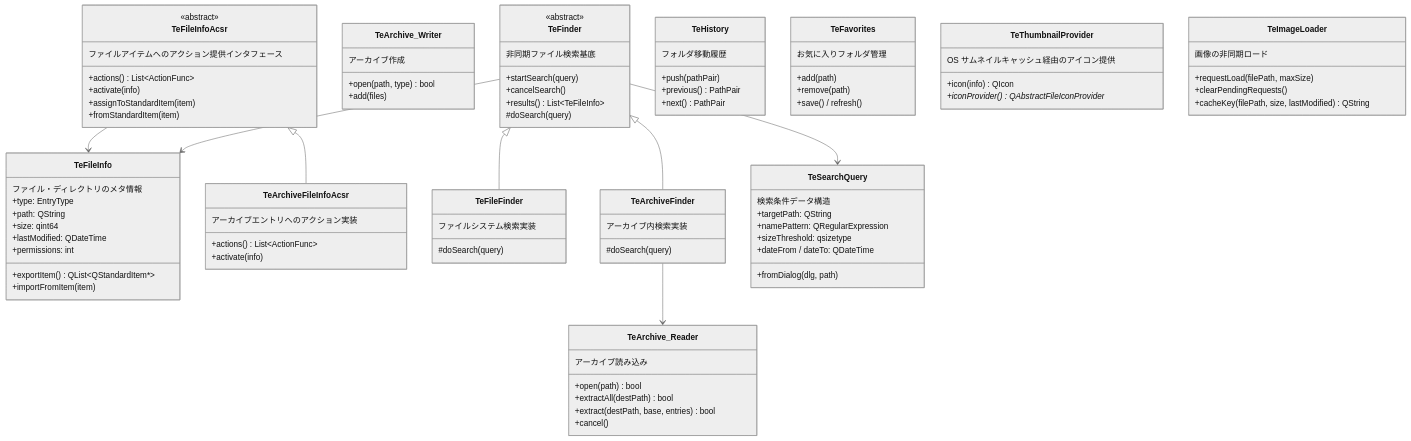
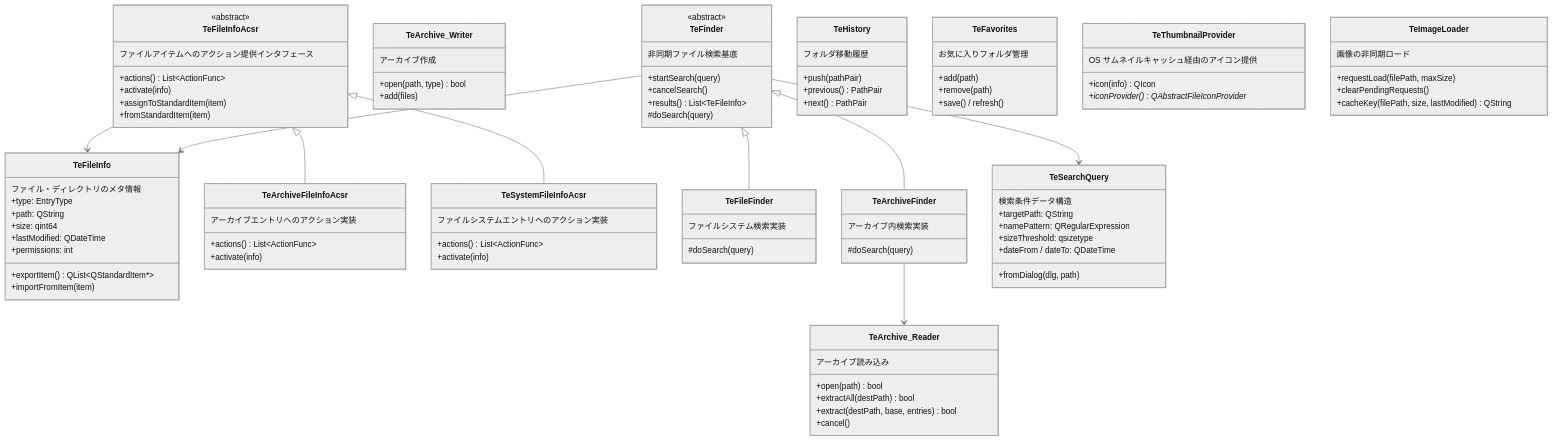
One commit to takashiK/TableEngine changed the diagram in doc/markdown/10_utils.md. Above: the diagram before and after it, drawn with Mermaid (neutral theme). The commit also changed other lines of this file and 17 other files, not shown here.

```diff
--- a/doc/markdown/10_utils.md
+++ b/doc/markdown/10_utils.md
@@ -32,6 +32,11 @@
     }
     class TeArchiveFileInfoAcsr {
         アーカイブエントリへのアクション実装
+        +actions() List~ActionFunc~
+        +activate(info)
+    }
+    class TeSystemFileInfoAcsr {
+        ファイルシステムエントリへのアクション実装
         +actions() List~ActionFunc~
         +activate(info)
     }
@@ -96,6 +101,7 @@
     }
 
     TeFileInfoAcsr <|-- TeArchiveFileInfoAcsr
+    TeFileInfoAcsr <|-- TeSystemFileInfoAcsr
     TeFinder <|-- TeFileFinder
     TeFinder <|-- TeArchiveFinder
     TeFinder --> TeSearchQuery
```
